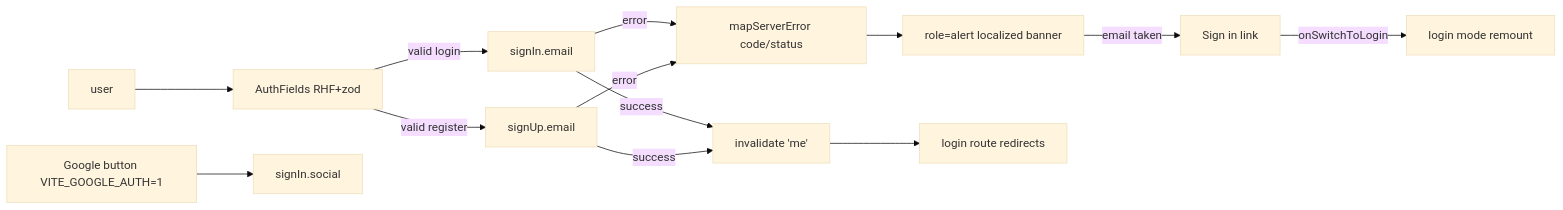
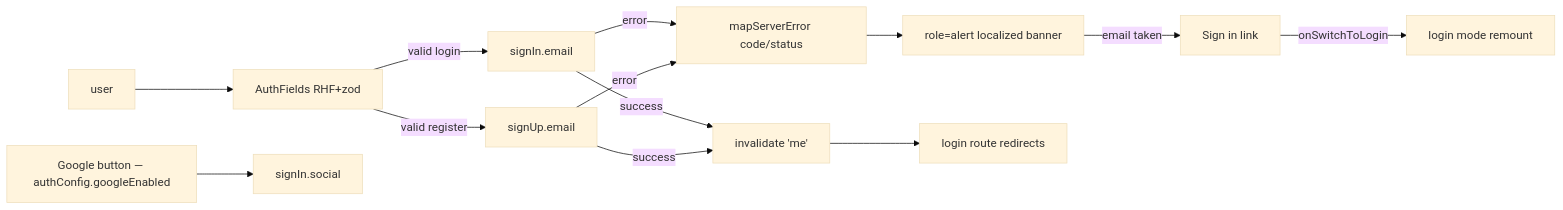
One commit to AzamatRaimbekov2/openCreate changed the diagram in apps/web/src/modules/Auth/components/AuthForm.tsx.md. Above: the diagram before and after it, drawn with Mermaid (base theme). The commit also changed other lines of this file and 359 other files, not shown here.

````diff
--- a/apps/web/src/modules/Auth/components/AuthForm.tsx.md
+++ b/apps/web/src/modules/Auth/components/AuthForm.tsx.md
@@ -37,11 +37,11 @@
 ```mermaid
 flowchart LR
   U[user] --> F[AuthFields RHF+zod]
   F -->|valid login| SI[signIn.email]
   F -->|valid register| SU[signUp.email]
   SI & SU -->|error| MAP[mapServerError code/status]
   MAP --> AL[role=alert localized banner]
   AL -->|email taken| SW[Sign in link] -->|onSwitchToLogin| LM[login mode remount]
   SI & SU -->|success| INV[invalidate 'me'] --> RT[login route redirects]
-  G[Google button VITE_GOOGLE_AUTH=1] --> SO[signIn.social]
+  G[Google button — authConfig.googleEnabled] --> SO[signIn.social]
 ```
````
